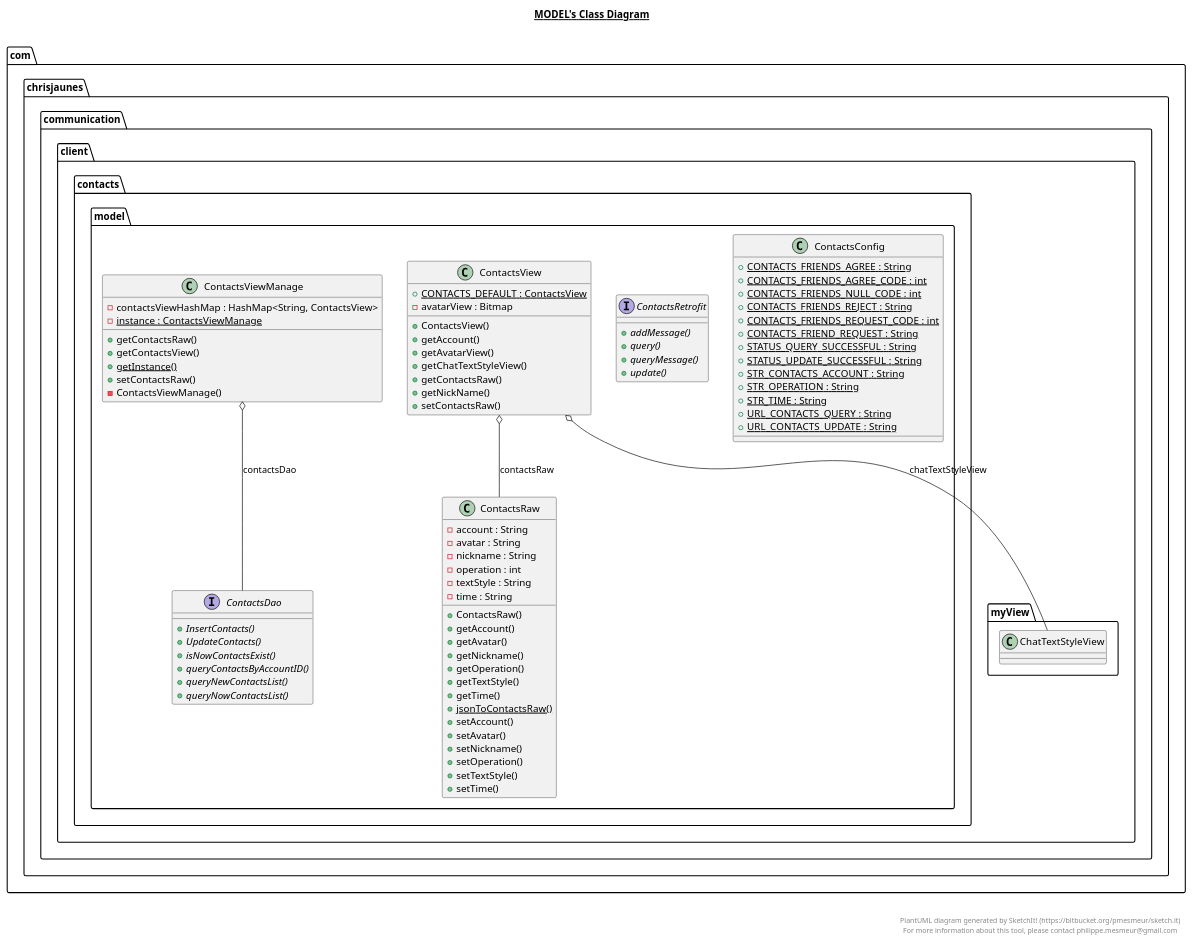
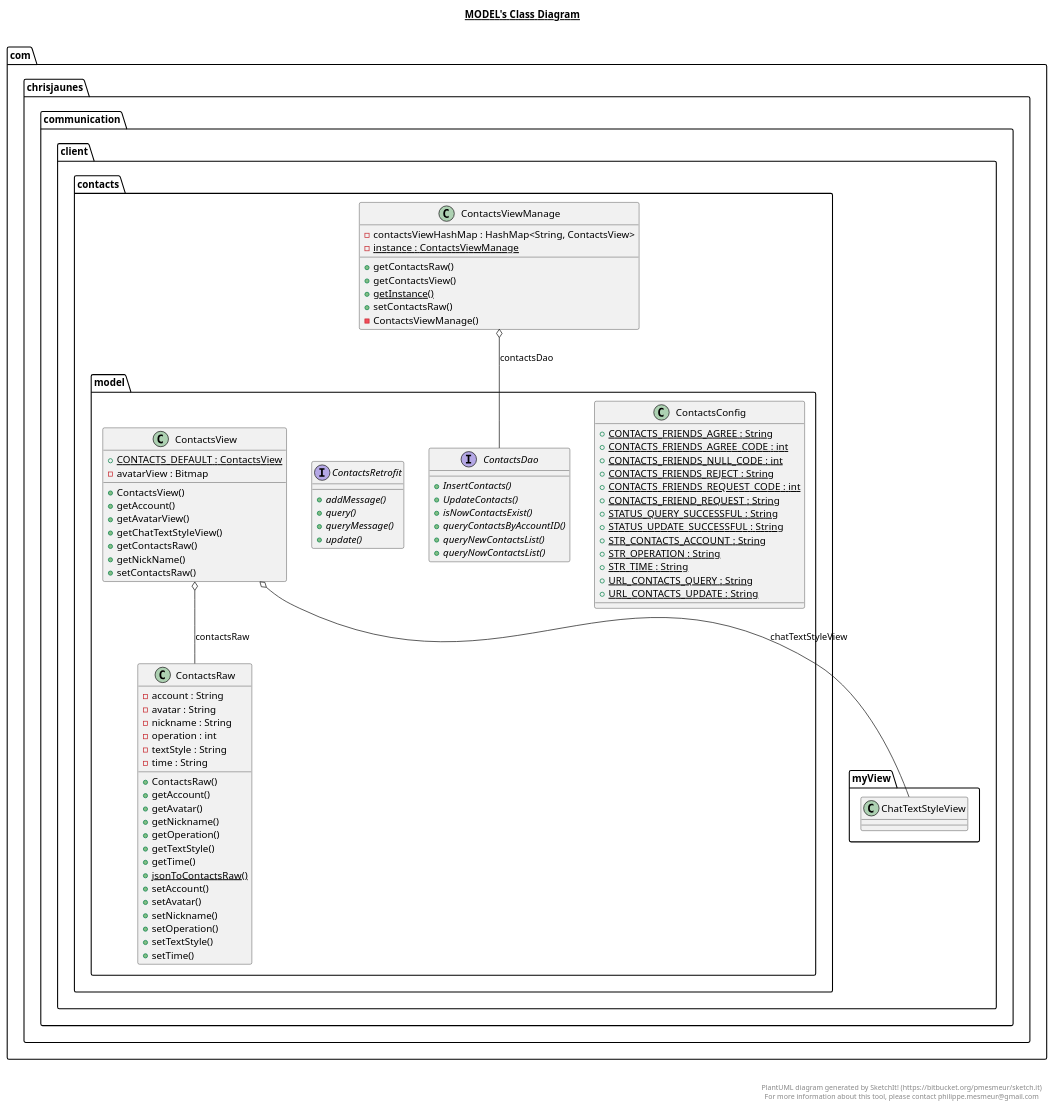
Before and after one commit to ChrisJaunes/CommunicationTool: the diagram in Client/app/src/main/java/com/chrisjaunes/communication/client/contacts/model/model.plantuml, drawn with PlantUML. The commit also changed 65 other files, not shown here.

```diff
--- a/Client/app/src/main/java/com/chrisjaunes/communication/client/contacts/model/model.plantuml
+++ b/Client/app/src/main/java/com/chrisjaunes/communication/client/contacts/model/model.plantuml
@@ -1,136 +1,136 @@
 @startuml
 
 title __MODEL's Class Diagram__\n
 
   namespace com.chrisjaunes.communication.client {
     namespace contacts {
       namespace model {
         class com.chrisjaunes.communication.client.contacts.model.ContactsConfig {
             {static} + CONTACTS_FRIENDS_AGREE : String
             {static} + CONTACTS_FRIENDS_AGREE_CODE : int
             {static} + CONTACTS_FRIENDS_NULL_CODE : int
             {static} + CONTACTS_FRIENDS_REJECT : String
             {static} + CONTACTS_FRIENDS_REQUEST_CODE : int
             {static} + CONTACTS_FRIEND_REQUEST : String
             {static} + STATUS_QUERY_SUCCESSFUL : String
             {static} + STATUS_UPDATE_SUCCESSFUL : String
             {static} + STR_CONTACTS_ACCOUNT : String
             {static} + STR_OPERATION : String
             {static} + STR_TIME : String
             {static} + URL_CONTACTS_QUERY : String
             {static} + URL_CONTACTS_UPDATE : String
         }
       }
     }
   }
   
 
   namespace com.chrisjaunes.communication.client {
     namespace contacts {
       namespace model {
         interface com.chrisjaunes.communication.client.contacts.model.ContactsDao {
             {abstract} + InsertContacts()
             {abstract} + UpdateContacts()
             {abstract} + isNowContactsExist()
             {abstract} + queryContactsByAccountID()
             {abstract} + queryNewContactsList()
             {abstract} + queryNowContactsList()
         }
       }
     }
   }
   
 
   namespace com.chrisjaunes.communication.client {
     namespace contacts {
       namespace model {
         class com.chrisjaunes.communication.client.contacts.model.ContactsRaw {
             - account : String
             - avatar : String
             - nickname : String
             - operation : int
             - textStyle : String
             - time : String
             + ContactsRaw()
             + getAccount()
             + getAvatar()
             + getNickname()
             + getOperation()
             + getTextStyle()
             + getTime()
             {static} + jsonToContactsRaw()
             + setAccount()
             + setAvatar()
             + setNickname()
             + setOperation()
             + setTextStyle()
             + setTime()
         }
       }
     }
   }
   
 
   namespace com.chrisjaunes.communication.client {
     namespace contacts {
       namespace model {
         interface com.chrisjaunes.communication.client.contacts.model.ContactsRetrofit {
             {abstract} + addMessage()
             {abstract} + query()
             {abstract} + queryMessage()
             {abstract} + update()
         }
       }
     }
   }
   
 
   namespace com.chrisjaunes.communication.client {
     namespace contacts {
       namespace model {
         class com.chrisjaunes.communication.client.contacts.model.ContactsView {
             {static} + CONTACTS_DEFAULT : ContactsView
             - avatarView : Bitmap
             + ContactsView()
             + getAccount()
             + getAvatarView()
             + getChatTextStyleView()
             + getContactsRaw()
             + getNickName()
             + setContactsRaw()
         }
       }
     }
   }
   
 
   namespace com.chrisjaunes.communication.client {
     namespace contacts {
       namespace model {
-        class com.chrisjaunes.communication.client.contacts.model.ContactsViewManage {
+        class com.chrisjaunes.communication.client.contacts.ContactsViewManage {
             - contactsViewHashMap : HashMap<String, ContactsView>
             {static} - instance : ContactsViewManage
             + getContactsRaw()
             + getContactsView()
             {static} + getInstance()
             + setContactsRaw()
             - ContactsViewManage()
         }
       }
     }
   }
   
 
   com.chrisjaunes.communication.client.contacts.model.ContactsView o-- com.chrisjaunes.communication.client.myView.ChatTextStyleView : chatTextStyleView
   com.chrisjaunes.communication.client.contacts.model.ContactsView o-- com.chrisjaunes.communication.client.contacts.model.ContactsRaw : contactsRaw
-  com.chrisjaunes.communication.client.contacts.model.ContactsViewManage o-- com.chrisjaunes.communication.client.contacts.model.ContactsDao : contactsDao
+  com.chrisjaunes.communication.client.contacts.ContactsViewManage o-- com.chrisjaunes.communication.client.contacts.model.ContactsDao : contactsDao
 
 
 right footer
 
 
 PlantUML diagram generated by SketchIt! (https://bitbucket.org/pmesmeur/sketch.it)
 For more information about this tool, please contact philippe.mesmeur@gmail.com
 endfooter
 
 @enduml
```
